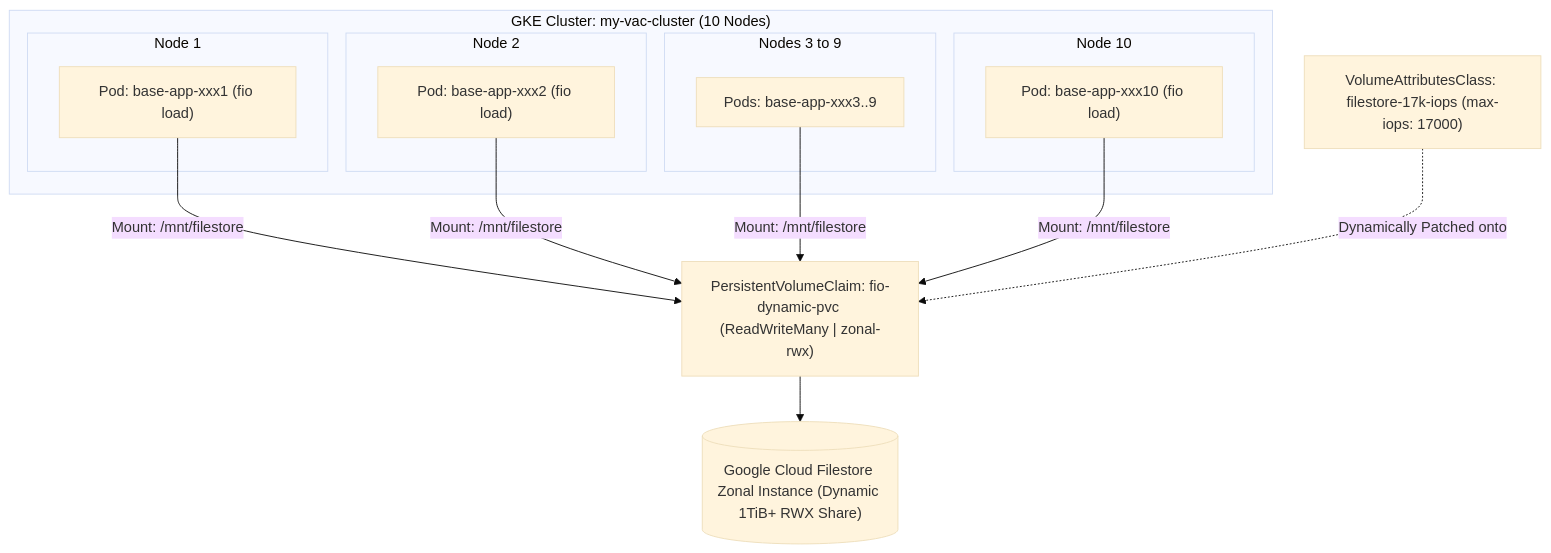
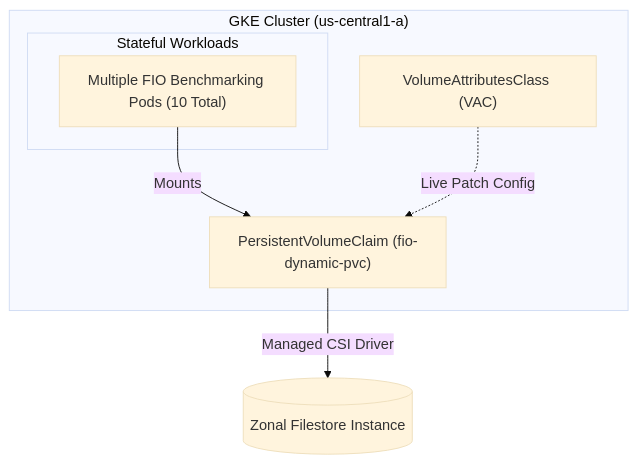
One commit to ashnapir/gke-filestore-dynamic-scale-demo changed the diagram in README.md. Above: the diagram before and after it, drawn with Mermaid (base theme). The commit also changed other lines of this file, not shown here.

Commit message:
Update Demo Architecture with two-phase table and updated diagram

````diff
--- a/README.md
+++ b/README.md
@@ -20,29 +27,15 @@
 ```mermaid
 graph TD
-    subgraph cluster1["GKE Cluster: my-vac-cluster (10 Nodes)"]
-        subgraph n1["Node 1"]
-            P1["Pod: base-app-xxx1 (fio load)"]
+    subgraph GKE ["GKE Cluster (us-central1-a)"]
+        subgraph Pods ["Stateful Workloads"]
+            App["Multiple FIO Benchmarking Pods (10 Total)"]
         end
-        subgraph n2["Node 2"]
-            P2["Pod: base-app-xxx2 (fio load)"]
-        end
-        subgraph n3["Nodes 3 to 9"]
-            P3["Pods: base-app-xxx3..9"]
-        end
-        subgraph n10["Node 10"]
-            P10["Pod: base-app-xxx10 (fio load)"]
-        end
+        PVC["PersistentVolumeClaim (fio-dynamic-pvc)"]
+        VAC["VolumeAttributesClass (VAC)"]
     end
+    FS[(Zonal Filestore Instance)]
 
-    PVC["PersistentVolumeClaim: fio-dynamic-pvc (ReadWriteMany | zonal-rwx)"]
-    VAC["VolumeAttributesClass: filestore-17k-iops (max-iops: 17000)"]
-    FS[("Google Cloud Filestore Zonal Instance (Dynamic 1TiB+ RWX Share)")]
-
-    P1 -->|Mount: /mnt/filestore| PVC
-    P2 -->|Mount: /mnt/filestore| PVC
-    P3 -->|Mount: /mnt/filestore| PVC
-    P10 -->|Mount: /mnt/filestore| PVC
-
-    PVC --> FS
-    VAC -.->|Dynamically Patched onto| PVC
+    App -->|Mounts| PVC
+    VAC -.->|Live Patch Config| PVC
+    PVC -->|Managed CSI Driver| FS
 ```
````
